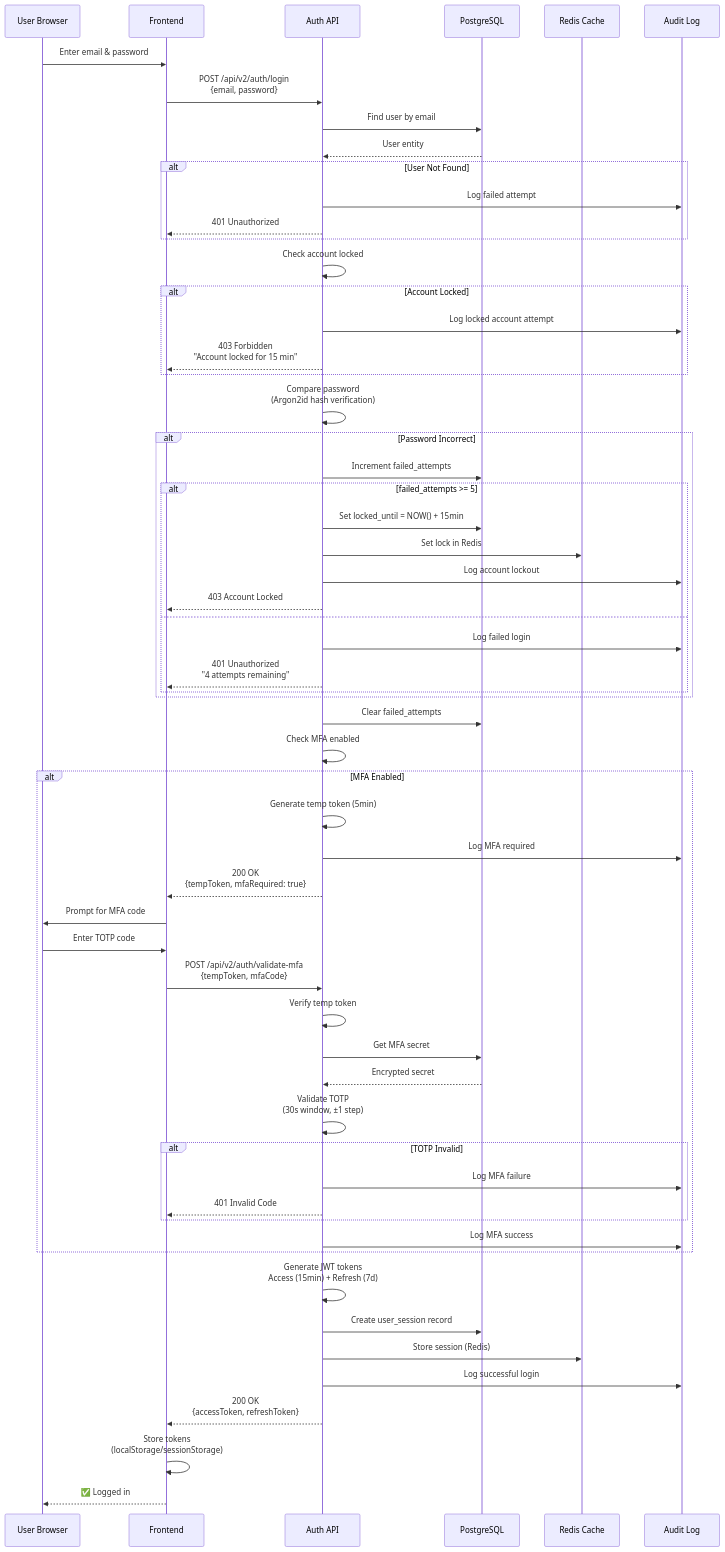
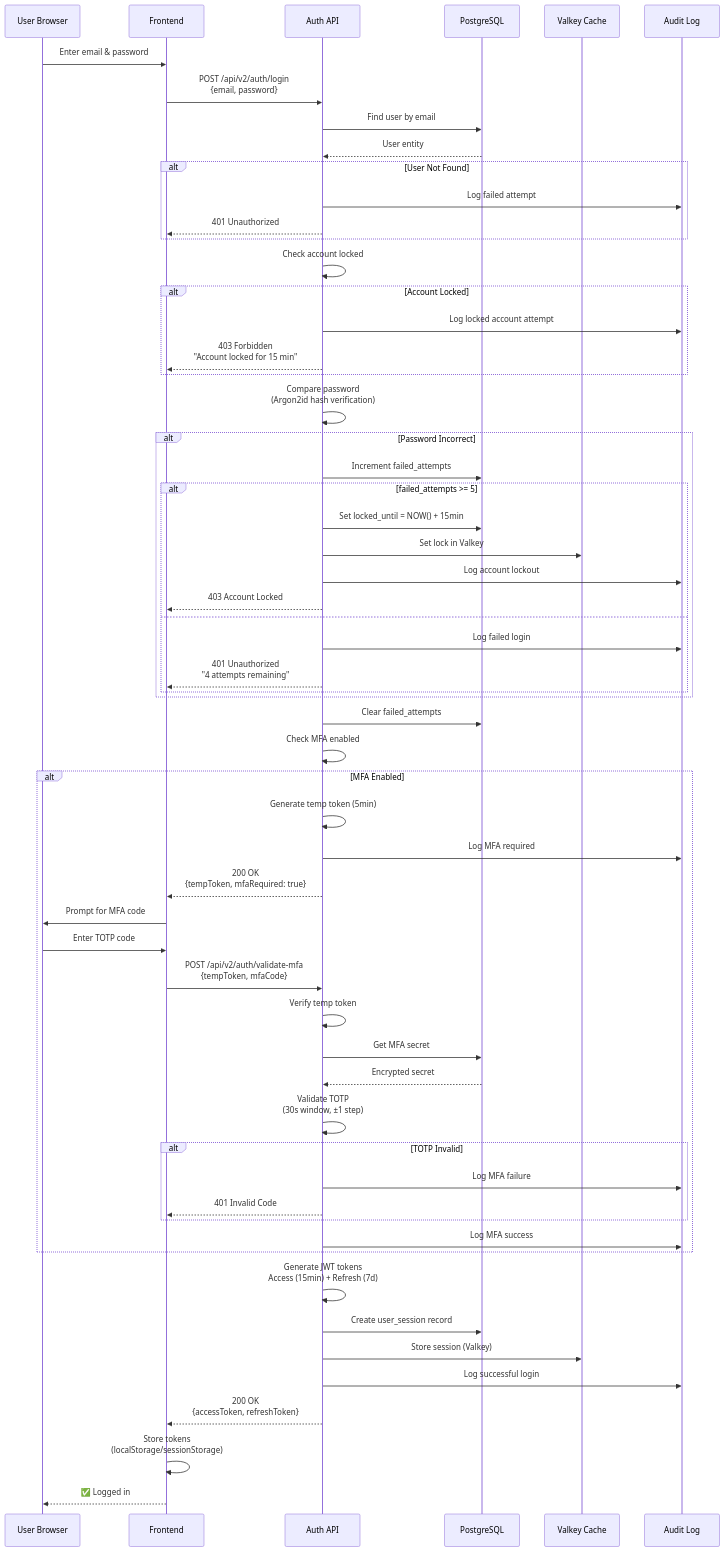
The third of 25 diagrams in architecture/04-SECURITY.md (telemetryflow/telemetryflow-overview), drawn with Mermaid before and after one commit. The commit also changed other lines of this file and 23 other files, not shown here.

First line of the commit message:
docs: relabel Redis->Valkey in architecture/diagrams/prose (follow-up sweep)

````diff
--- a/architecture/04-SECURITY.md
+++ b/architecture/04-SECURITY.md
@@ -77,75 +77,75 @@
 ```mermaid
 sequenceDiagram
     participant User as User Browser
     participant Frontend as Frontend
     participant API as Auth API
     participant DB as PostgreSQL
-    participant Cache as Redis Cache
+    participant Cache as Valkey Cache
     participant Audit as Audit Log
 
     User->>Frontend: Enter email & password
     Frontend->>API: POST /api/v2/auth/login<br/>{email, password}
 
     API->>DB: Find user by email
     DB-->>API: User entity
 
     alt User Not Found
         API->>Audit: Log failed attempt
         API-->>Frontend: 401 Unauthorized
     end
 
     API->>API: Check account locked
     alt Account Locked
         API->>Audit: Log locked account attempt
         API-->>Frontend: 403 Forbidden<br/>"Account locked for 15 min"
     end
 
     API->>API: Compare password<br/>(Argon2id hash verification)
 
     alt Password Incorrect
         API->>DB: Increment failed_attempts
         alt failed_attempts >= 5
             API->>DB: Set locked_until = NOW() + 15min
-            API->>Cache: Set lock in Redis
+            API->>Cache: Set lock in Valkey
             API->>Audit: Log account lockout
             API-->>Frontend: 403 Account Locked
         else
             API->>Audit: Log failed login
             API-->>Frontend: 401 Unauthorized<br/>"4 attempts remaining"
         end
     end
 
     API->>DB: Clear failed_attempts
     API->>API: Check MFA enabled
 
     alt MFA Enabled
         API->>API: Generate temp token (5min)
         API->>Audit: Log MFA required
         API-->>Frontend: 200 OK<br/>{tempToken, mfaRequired: true}
 
         Frontend->>User: Prompt for MFA code
         User->>Frontend: Enter TOTP code
         Frontend->>API: POST /api/v2/auth/validate-mfa<br/>{tempToken, mfaCode}
 
         API->>API: Verify temp token
         API->>DB: Get MFA secret
         DB-->>API: Encrypted secret
         API->>API: Validate TOTP<br/>(30s window, ±1 step)
 
         alt TOTP Invalid
             API->>Audit: Log MFA failure
             API-->>Frontend: 401 Invalid Code
         end
 
         API->>Audit: Log MFA success
     end
 
     API->>API: Generate JWT tokens<br/>Access (15min) + Refresh (7d)
     API->>DB: Create user_session record
-    API->>Cache: Store session (Redis)
+    API->>Cache: Store session (Valkey)
     API->>Audit: Log successful login
 
     API-->>Frontend: 200 OK<br/>{accessToken, refreshToken}
     Frontend->>Frontend: Store tokens<br/>(localStorage/sessionStorage)
     Frontend-->>User: ✅ Logged in
 ```
````
